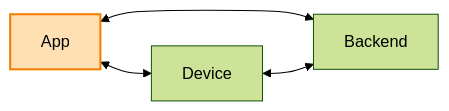
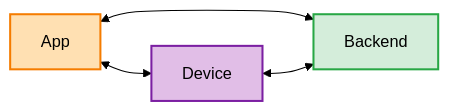
Before and after one commit to openremote/documentation: the first of 2 diagrams in docs/architecture/esp32-device.md, drawn with Mermaid (forest theme). The commit also changed other lines of this file and 1 other file, not shown here.

Commit message:
Fixed some typos

````diff
--- a/docs/architecture/esp32-device.md
+++ b/docs/architecture/esp32-device.md
@@ -13,20 +13,20 @@
 ```mermaid
 graph LR
     %% Styling Definitions
     classDef greenStyle fill:#d4edda,stroke:#28a745,stroke-width:2px,color:#000;
     classDef innerGreenStyle fill:#e8f5e9,stroke:#28a745,stroke-width:1px,color:#000;
     classDef orangeStyle fill:#ffe0b2,stroke:#f57c00,stroke-width:2px,color:#000;
     classDef redStyle fill:#ffcdd2,stroke:#c62828,stroke-width:2px,color:#000;
     classDef purpleStyle fill:#e1bee7,stroke:#7b1fa2,stroke-width:2px,color:#000;
 
     App[App]:::orangeStyle
 
-    OR[Backend]::::greenStyle
+    OR[Backend]:::greenStyle
     
-    ESP[Device]::::purpleStyle
+    ESP[Device]:::purpleStyle
 
     %% Connections
     App <--> OR
     App <--> ESP
     ESP <--> OR
 ```
````
